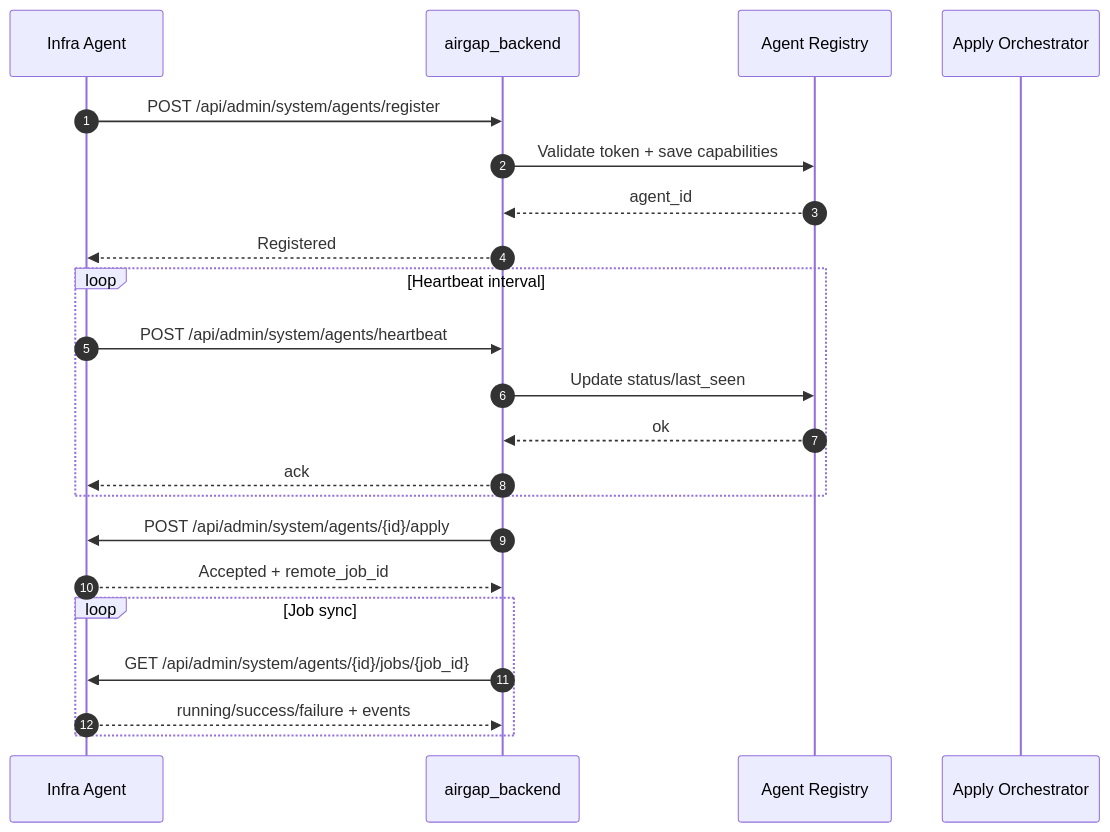
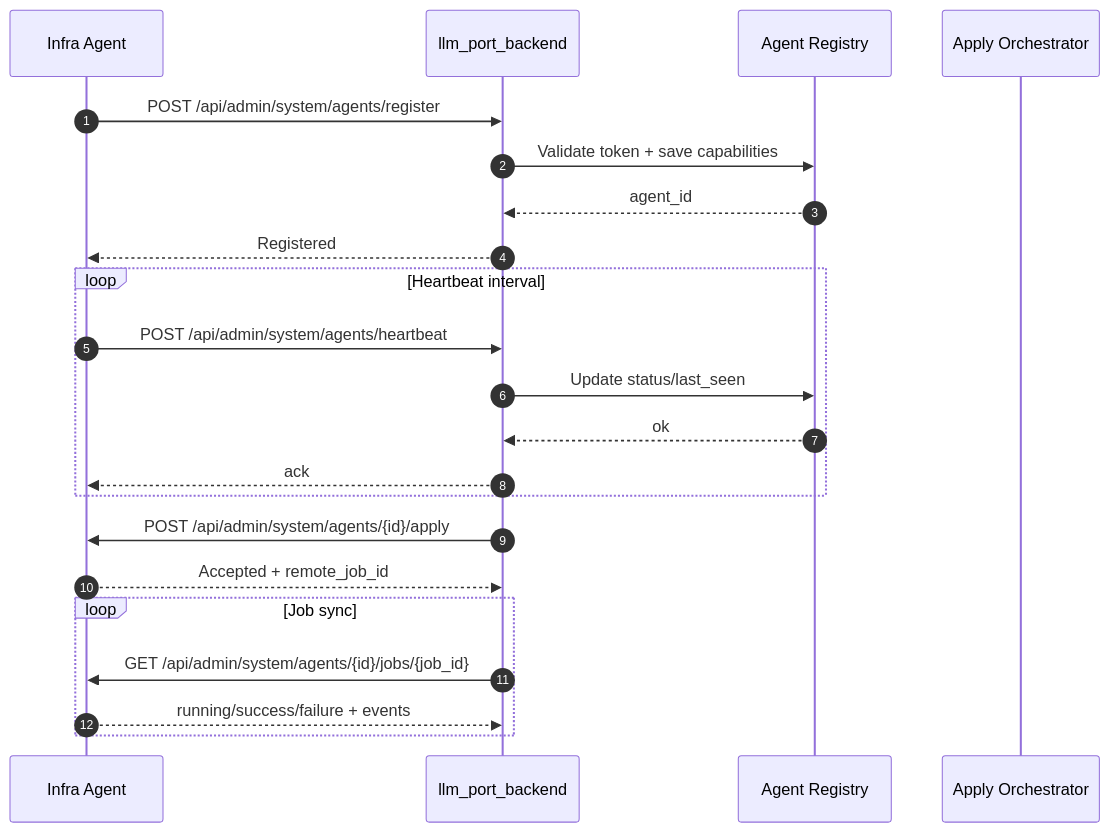
Before and after one commit to llm-port/.github: the ninth of 13 diagrams in profile/call-sequence.md, drawn with Mermaid. The commit also changed other lines of this file and 2 other files, not shown here.

````diff
--- a/profile/call-sequence.md
+++ b/profile/call-sequence.md
@@ -288,27 +302,27 @@
 ```mermaid
 sequenceDiagram
     autonumber
     participant AG as Infra Agent
-    participant BE as airgap_backend
+    participant BE as llm_port_backend
     participant REG as Agent Registry
     participant APPLY as Apply Orchestrator
 
     AG->>BE: POST /api/admin/system/agents/register
     BE->>REG: Validate token + save capabilities
     REG-->>BE: agent_id
     BE-->>AG: Registered
 
     loop Heartbeat interval
       AG->>BE: POST /api/admin/system/agents/heartbeat
       BE->>REG: Update status/last_seen
       REG-->>BE: ok
       BE-->>AG: ack
     end
 
     BE->>AG: POST /api/admin/system/agents/{id}/apply
     AG-->>BE: Accepted + remote_job_id
     loop Job sync
       BE->>AG: GET /api/admin/system/agents/{id}/jobs/{job_id}
       AG-->>BE: running/success/failure + events
     end
 ```
````
